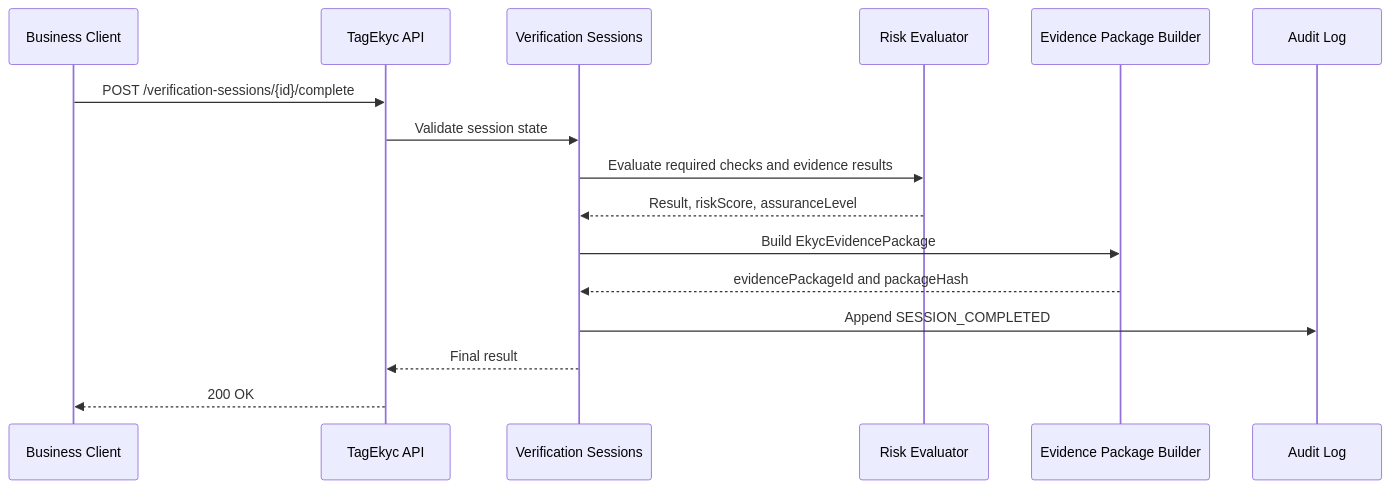
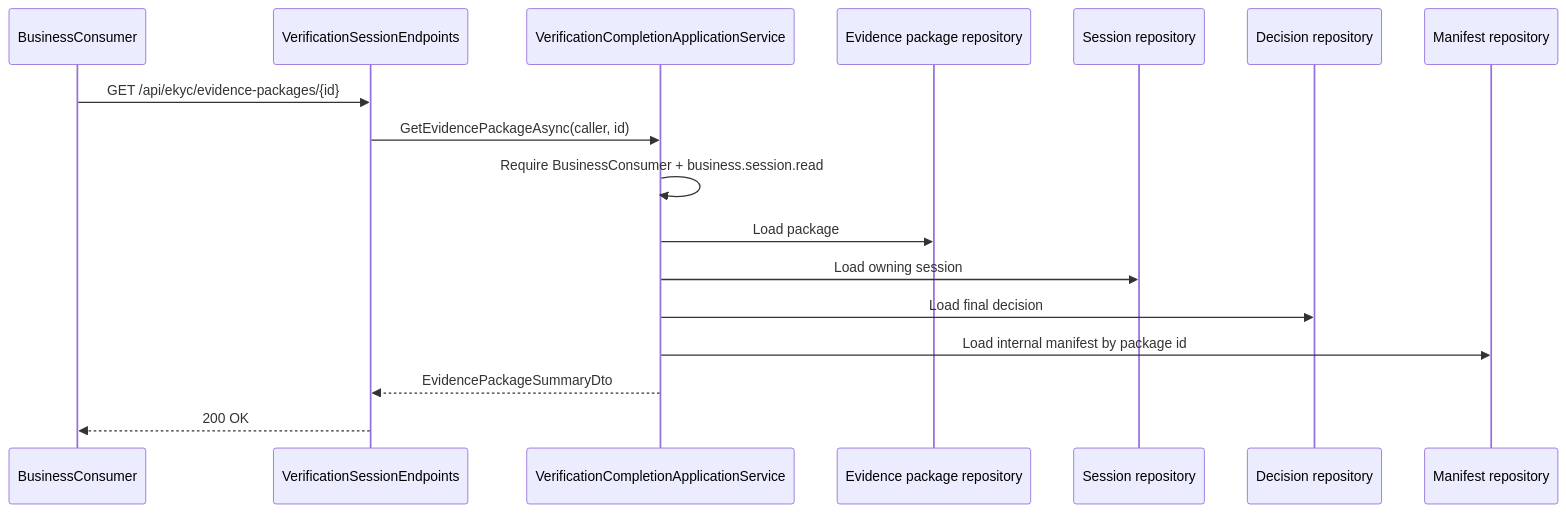
Before and after one commit to hiephm3a/TagEkyc: the fifth of 7 diagrams in docs/lld_02_sequence_flows_v0_1.md, drawn with Mermaid. The commit also changed other lines of this file and 5 other files, not shown here.

````diff
--- a/docs/lld_02_sequence_flows_v0_1.md
+++ b/docs/lld_02_sequence_flows_v0_1.md
@@ -87,19 +183,20 @@
 ```mermaid
 sequenceDiagram
-    participant Client as Business Client
-    participant Api as TagEkyc API
-    participant Sessions as Verification Sessions
-    participant Risk as Risk Evaluator
-    participant Evidence as Evidence Package Builder
-    participant Audit as Audit Log
+    participant Client as BusinessConsumer
+    participant Api as VerificationSessionEndpoints
+    participant Completion as VerificationCompletionApplicationService
+    participant Packages as Evidence package repository
+    participant Sessions as Session repository
+    participant Decisions as Decision repository
+    participant Manifests as Manifest repository
 
-    Client->>Api: POST /verification-sessions/{id}/complete
-    Api->>Sessions: Validate session state
-    Sessions->>Risk: Evaluate required checks and evidence results
-    Risk-->>Sessions: Result, riskScore, assuranceLevel
-    Sessions->>Evidence: Build EkycEvidencePackage
-    Evidence-->>Sessions: evidencePackageId and packageHash
-    Sessions->>Audit: Append SESSION_COMPLETED
-    Sessions-->>Api: Final result
+    Client->>Api: GET /api/ekyc/evidence-packages/{id}
+    Api->>Completion: GetEvidencePackageAsync(caller, id)
+    Completion->>Completion: Require BusinessConsumer + business.session.read
+    Completion->>Packages: Load package
+    Completion->>Sessions: Load owning session
+    Completion->>Decisions: Load final decision
+    Completion->>Manifests: Load internal manifest by package id
+    Completion-->>Api: EvidencePackageSummaryDto
     Api-->>Client: 200 OK
 ```
````
